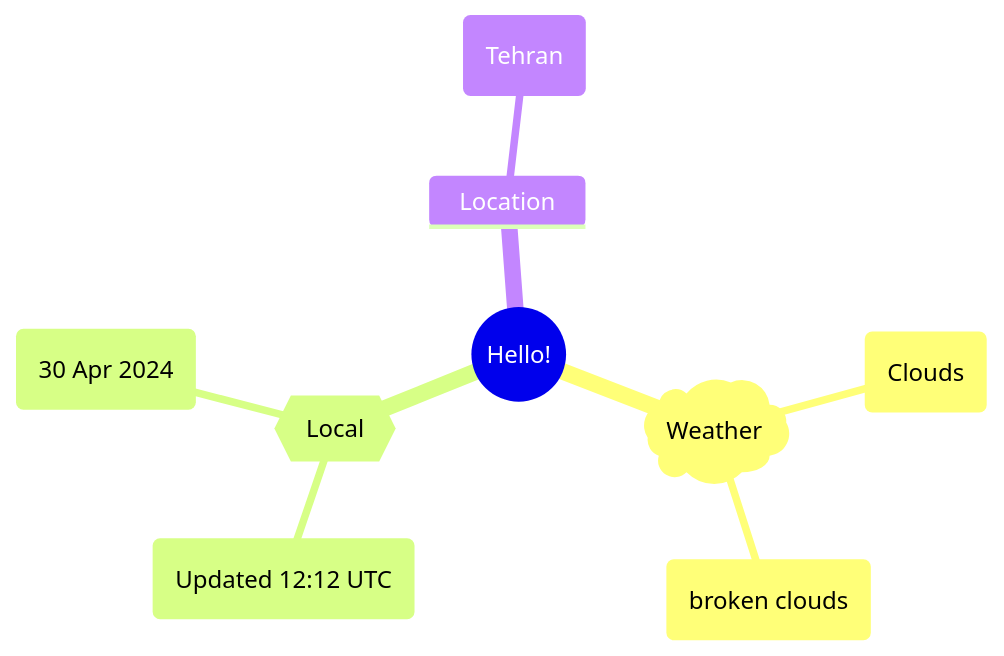
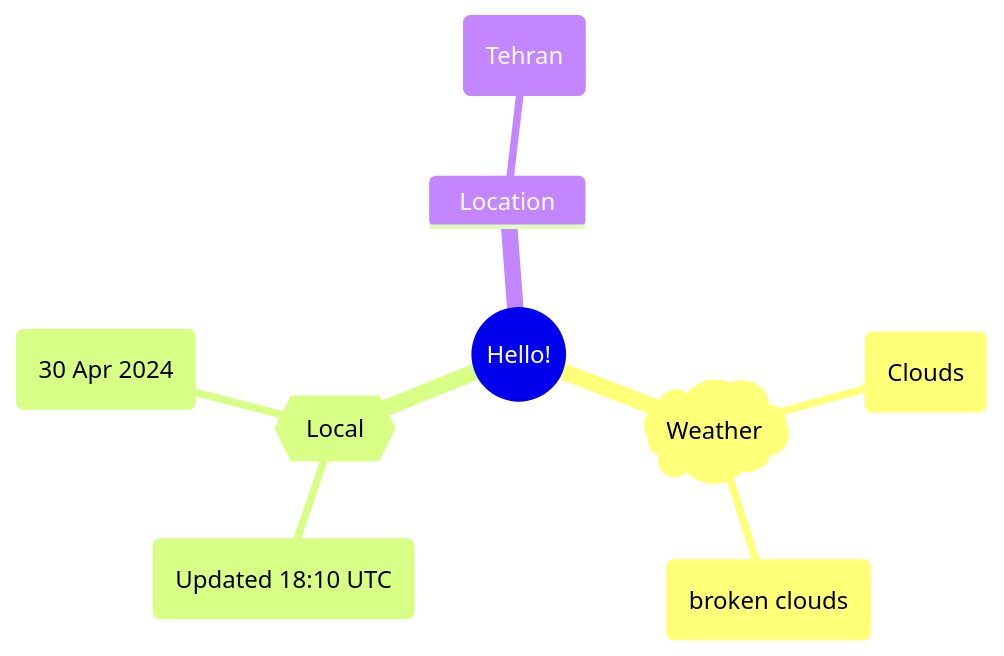
The first of 2 diagrams in README.md (Xosrov/Xosrov), drawn with Mermaid before and after one commit.

Commit message:
[bot] updated images

````diff
--- a/README.md
+++ b/README.md
@@ -3,12 +3,12 @@
 ```mermaid
 mindmap
   root((Hello!))
     )Weather(
         (Clouds)
         (broken clouds)
     {{Local}}
-        (Updated 12:12 UTC)
+        (Updated 18:10 UTC)
         (30 Apr 2024)
     Location
         (Tehran)
 ```
````
